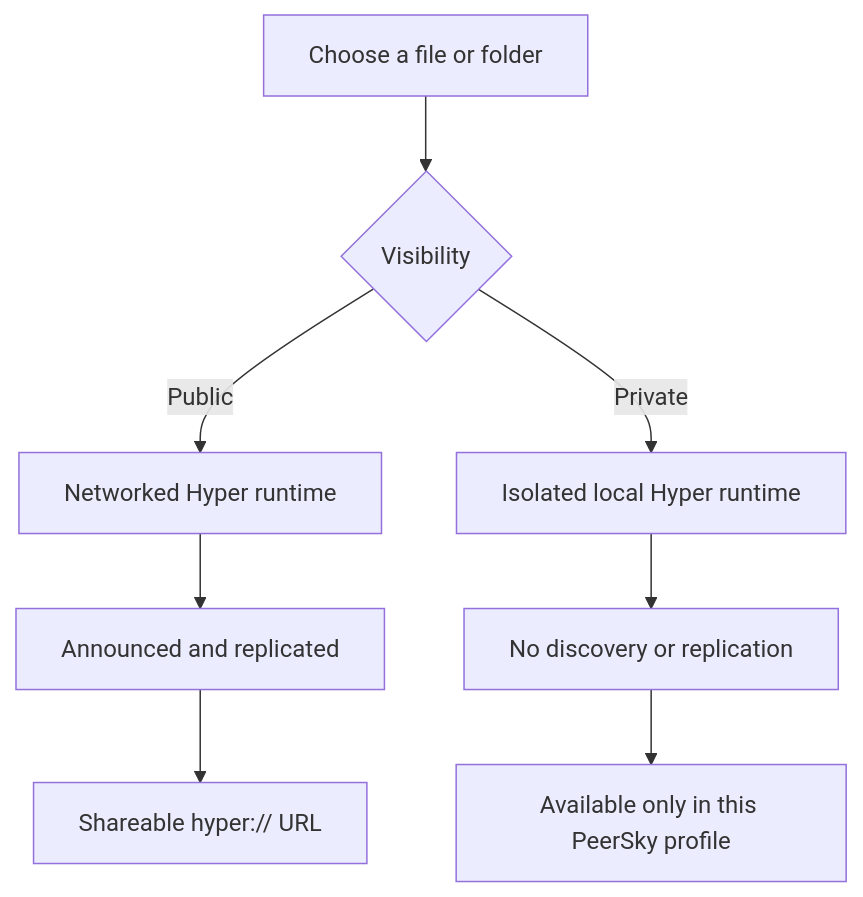
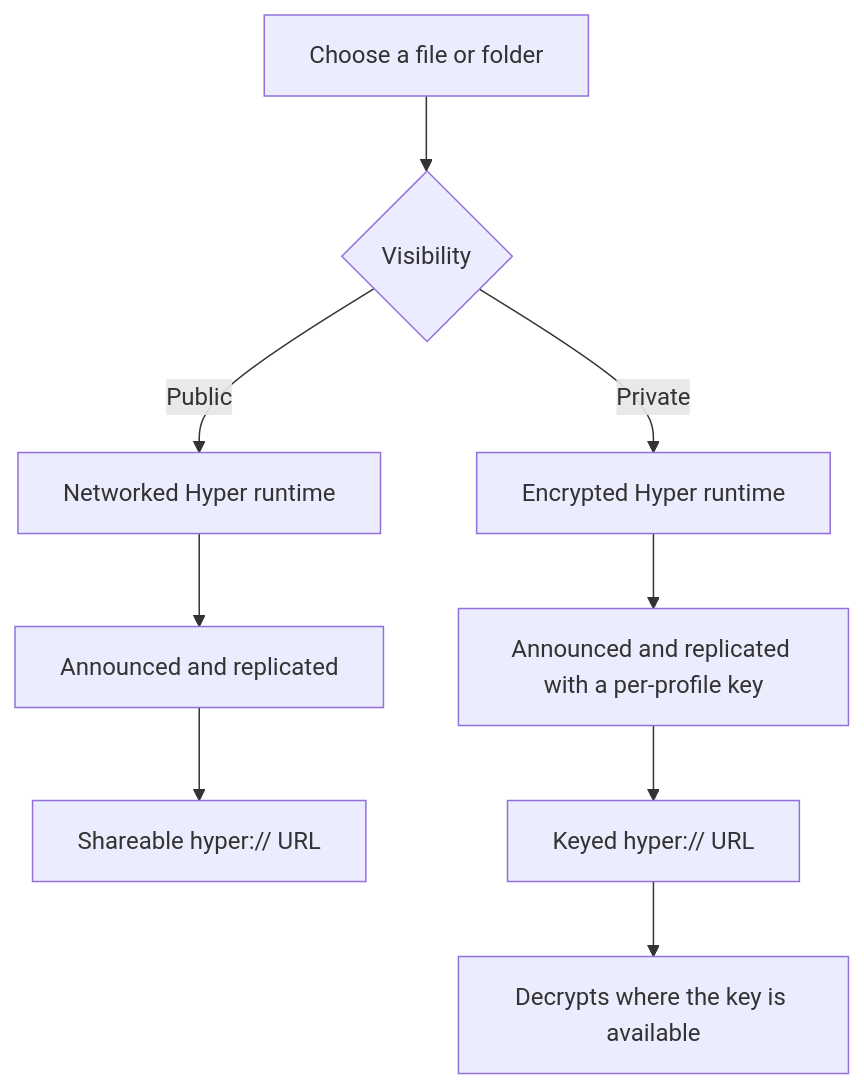
Before and after one commit to p2plabsxyz/peersky-browser: the diagram in docs/P2P.md, drawn with Mermaid. The commit also changed other lines of this file, not shown here.

Commit message:
docs(p2p): describe encrypted, replicating private drives and key-file adoption
The private-drive section still described discovery and replication as
disabled and announced as absent. Since commit 9155392 private drives are
encrypted with a per-profile key and announced/replicated in a separate
runtime (autoJoin/doReplicate true) unless the legacy
PEERSKY_PRIVATE_DEVICE_ONLY flag is set. On identity-transfer arrival the
key file is shipped in the zip so the receiving device can open the same
encrypted drive from its synced store.

Rewrite the bullet list, mermaid diagram, and paragraph to match shipped
behaviour and remove the stale unannounced claims.

````diff
--- a/docs/P2P.md
+++ b/docs/P2P.md
@@ -50,10 +50,11 @@
 ```mermaid
 flowchart TD
     A[Choose a file or folder] --> B{Visibility}
     B -->|Public| C[Networked Hyper runtime]
     C --> D[Announced and replicated]
     D --> E[Shareable hyper:// URL]
-    B -->|Private| F[Isolated local Hyper runtime]
-    F --> G[No discovery or replication]
-    G --> H[Available only in this PeerSky profile]
+    B -->|Private| F[Encrypted Hyper runtime]
+    F --> G[Announced and replicated with a per-profile key]
+    G --> H[Keyed hyper:// URL]
+    H --> I[Decrypts where the key is available]
 ```
````
